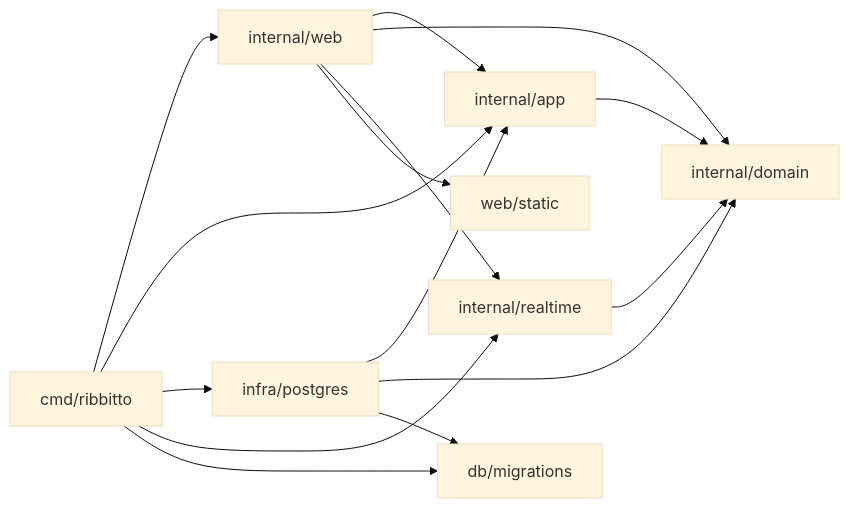
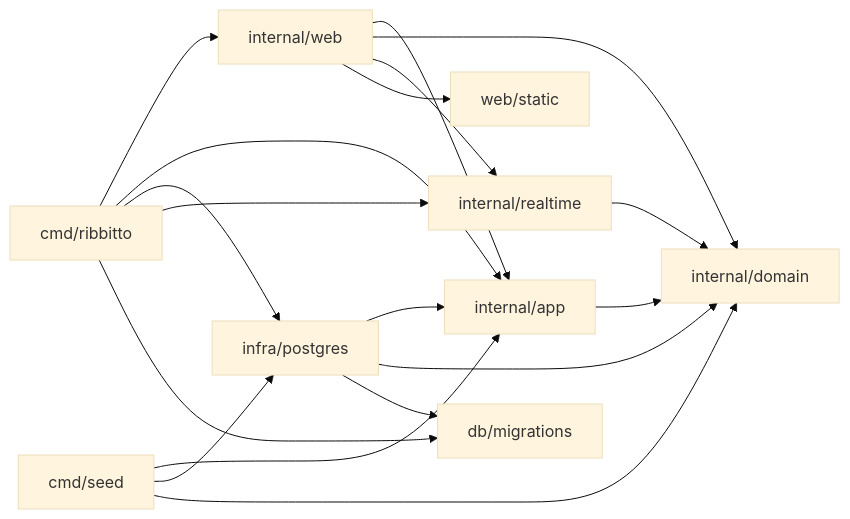
Before and after one commit to tkakkie/ribbitto: the diagram in docs/architecture/README.md, drawn with Mermaid (base theme). The commit also changed other lines of this file and 5 other files, not shown here.

````diff
--- a/docs/architecture/README.md
+++ b/docs/architecture/README.md
@@ -45,8 +48,9 @@
 ```mermaid
 flowchart LR
   cmd[cmd/ribbitto] --> web & app & postgres[infra/postgres] & realtime & migrations[db/migrations]
+  seed[cmd/seed] --> app & postgres & domain
   web[internal/web] --> app & domain & realtime & static[web/static]
   postgres --> app & domain & migrations
   realtime[internal/realtime] --> domain
   app[internal/app] --> domain[internal/domain]
 ```
````
